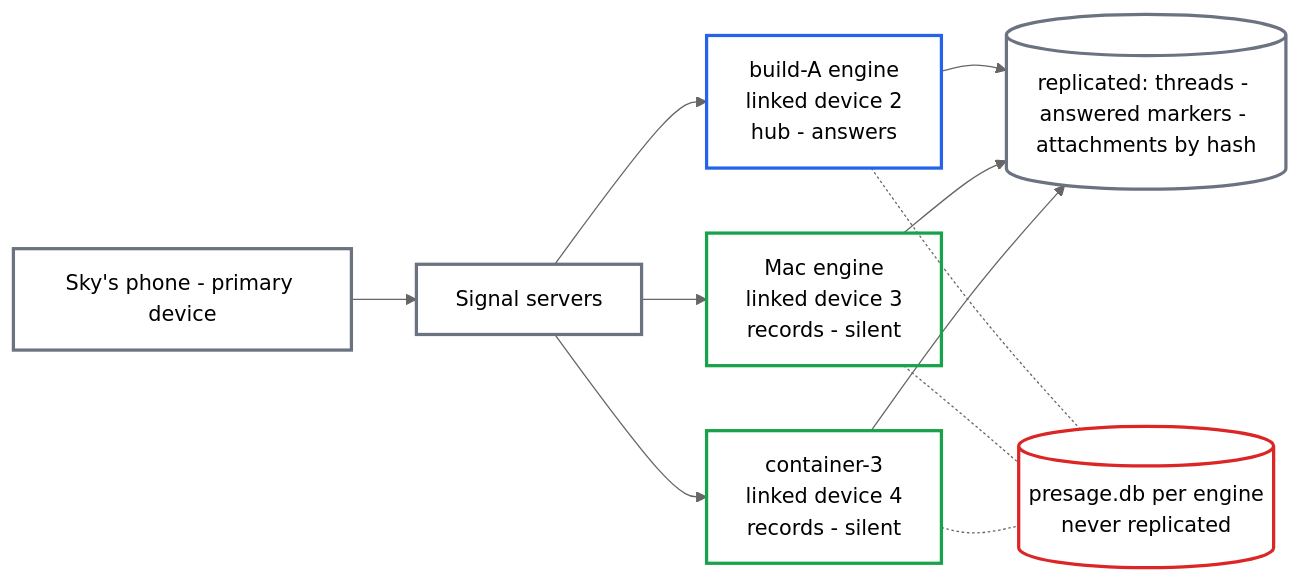
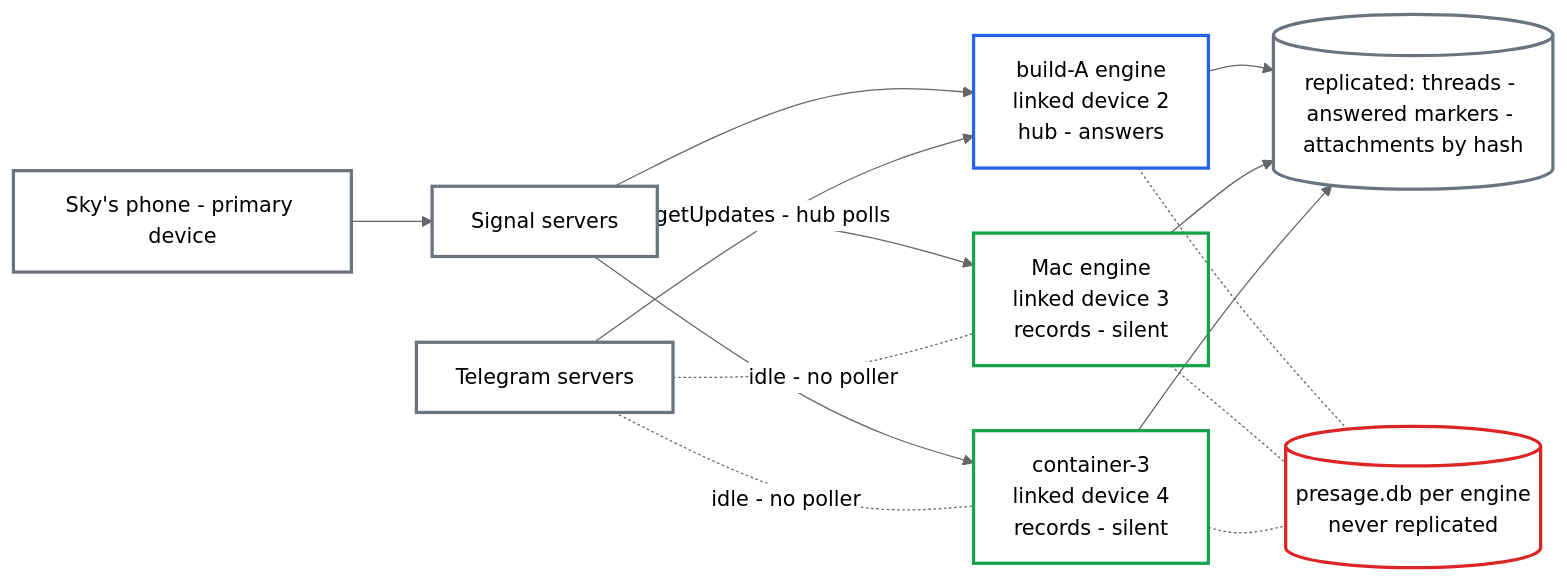
Before and after one commit to BaseDatum/Theuth: the fifth of 12 diagrams in docs/design/67-agents.md, drawn with Mermaid (neutral theme). The commit also changed other lines of this file and 8 other files, not shown here.

````diff
--- a/docs/design/67-agents.md
+++ b/docs/design/67-agents.md
@@ -171,22 +171,25 @@
 ```mermaid
 flowchart LR
   PH[Sky's phone - primary device] --> SS[Signal servers]
   SS --> A[build-A engine<br/>linked device 2<br/>hub - answers]
   SS --> B[Mac engine<br/>linked device 3<br/>records - silent]
   SS --> C[container-3<br/>linked device 4<br/>records - silent]
   A --> R[(replicated: threads - answered markers - attachments by hash)]
   B --> R
   C --> R
   X[(presage.db per engine<br/>never replicated)]
   A -.- X
   B -.- X
   C -.- X
+  TG[Telegram servers] -->|getUpdates - hub polls| A
+  TG -.-|idle - no poller| B
+  TG -.-|idle - no poller| C
   classDef hub fill:none,stroke:#2563eb,stroke-width:2.5px
   classDef peer fill:none,stroke:#16a34a,stroke-width:2.5px
   classDef never fill:none,stroke:#dc2626,stroke-width:2.5px
   classDef ext fill:none,stroke:#6b7280,stroke-width:2.5px
   class A hub
   class B,C peer
   class X never
-  class PH,SS,R ext
+  class PH,SS,TG,R ext
 ```
````
